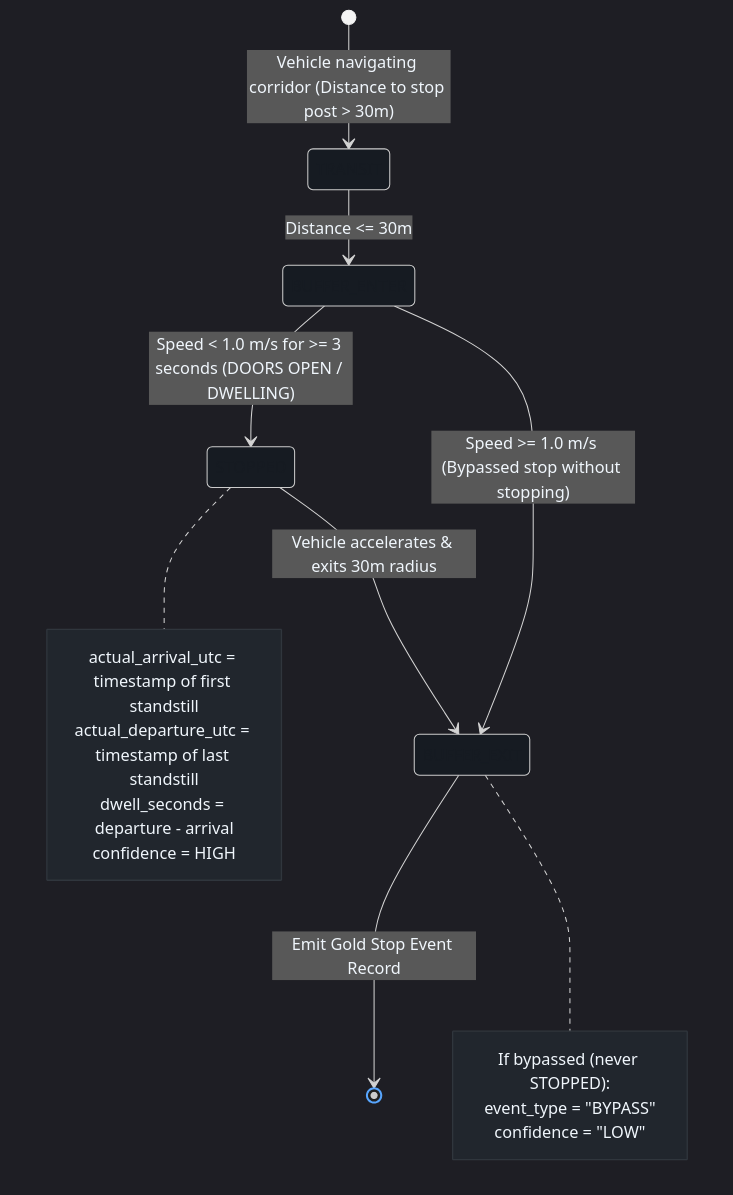
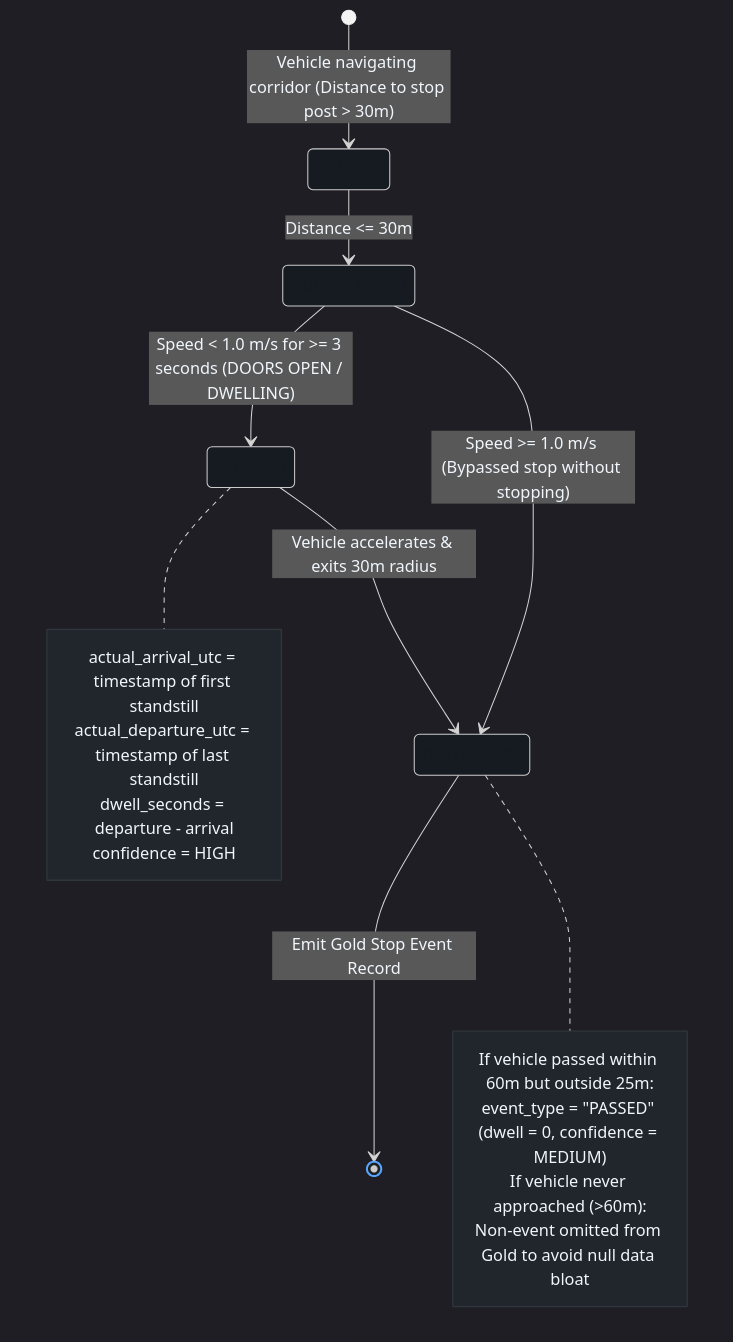
One commit to giangh14cqt/warsaw-public-transport-monitor changed the second of 2 diagrams in architect/historian_pipeline/medallion_architecture.md. Above: the diagram before and after it, drawn with Mermaid. The commit also changed other lines of this file and 1 other file, not shown here.

First line of the commit message:
feat(historian): drop SKIPPED non-events from Gold stop_events layer

````diff
--- a/architect/historian_pipeline/medallion_architecture.md
+++ b/architect/historian_pipeline/medallion_architecture.md
@@ -81,41 +81,42 @@
 ```mermaid
 %%{init: {
   'theme': 'dark',
   'themeVariables': {
     'darkMode': true,
     'background': '#0d1117',
     'lineColor': '#58a6ff',
     'textColor': '#f0f6fc',
     'labelColor': '#f0f6fc',
     'stateBorder': '#58a6ff',
     'stateBkg': '#161b22',
     'noteBkgColor': '#21262d',
     'noteBorderColor': '#30363d',
     'noteTextColor': '#f0f6fc'
   }
 }}%%
 stateDiagram-v2
     [*] --> TRANSIT: Vehicle navigating corridor (Distance to stop post > 30m)
     
     TRANSIT --> BUFFER_ENTER: Distance <= 30m
     
     BUFFER_ENTER --> STOPPED: Speed < 1.0 m/s for >= 3 seconds (DOORS OPEN / DWELLING)
     BUFFER_ENTER --> BUFFER_EXIT: Speed >= 1.0 m/s (Bypassed stop without stopping)
     
     STOPPED --> BUFFER_EXIT: Vehicle accelerates & exits 30m radius
     
     BUFFER_EXIT --> [*]: Emit Gold Stop Event Record
     
     note right of STOPPED
         actual_arrival_utc = timestamp of first standstill
         actual_departure_utc = timestamp of last standstill
         dwell_seconds = departure - arrival
         confidence = HIGH
     end note
 
     note right of BUFFER_EXIT
-        If bypassed (never STOPPED):
-        event_type = "BYPASS"
-        confidence = "LOW"
+        If vehicle passed within 60m but outside 25m:
+        event_type = "PASSED" (dwell = 0, confidence = MEDIUM)
+        If vehicle never approached (>60m):
+        Non-event omitted from Gold to avoid null data bloat
     end note
 ```
````
